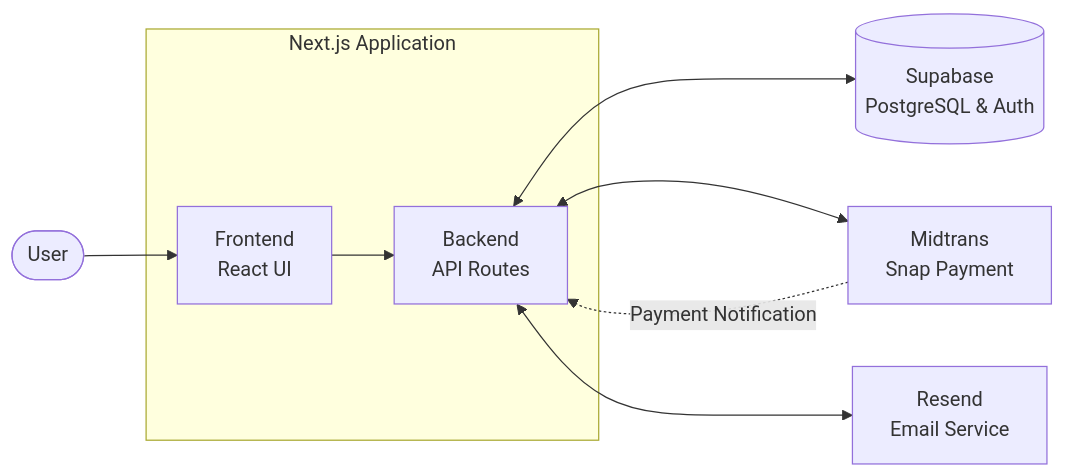
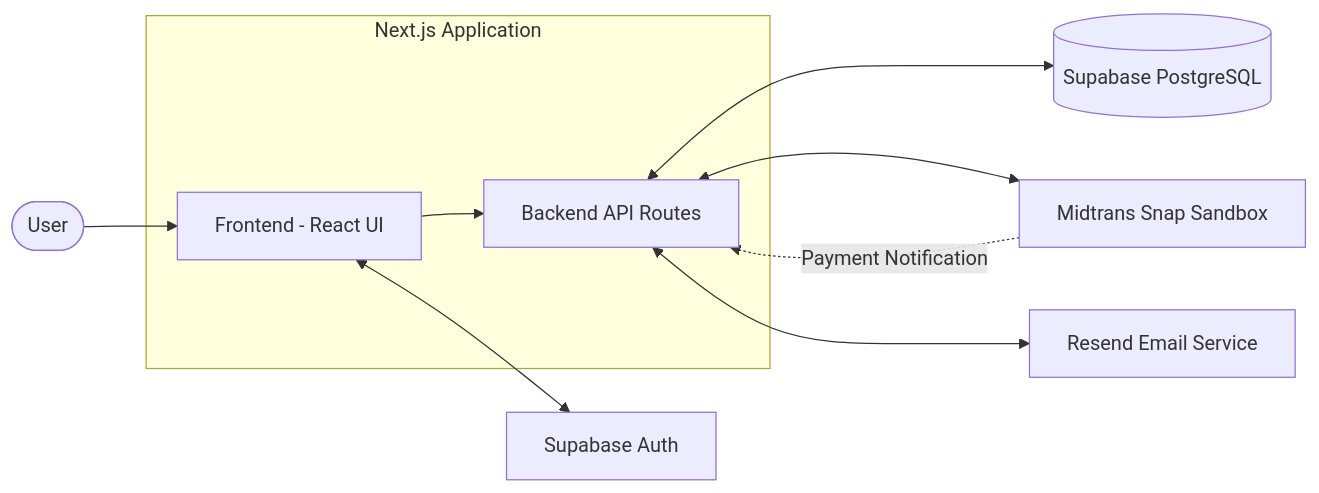
The first of 5 diagrams in README.md (imammularif/topupku), drawn with Mermaid before and after one commit. The commit also changed other lines of this file, not shown here.

````diff
--- a/README.md
+++ b/README.md
@@ -108,16 +218,22 @@
 ```mermaid
 flowchart LR
-    U([User]) --> FE
+    U([User])
 
     subgraph APP["Next.js Application"]
-        FE["Frontend<br/>React UI"]
-        API["Backend<br/>API Routes"]
+        FE["Frontend - React UI"]
+        API["Backend API Routes"]
         FE --> API
     end
 
-    API <--> DB[("Supabase<br/>PostgreSQL & Auth")]
-    API <--> MT["Midtrans<br/>Snap Payment"]
-    API <--> RS["Resend<br/>Email Service"]
+    DB[("Supabase PostgreSQL")]
+    AUTH["Supabase Auth"]
+    MT["Midtrans Snap Sandbox"]
+    RS["Resend Email Service"]
 
+    U --> FE
+    API <--> DB
+    FE <--> AUTH
+    API <--> MT
+    API <--> RS
     MT -.->|"Payment Notification"| API
 ```
````
